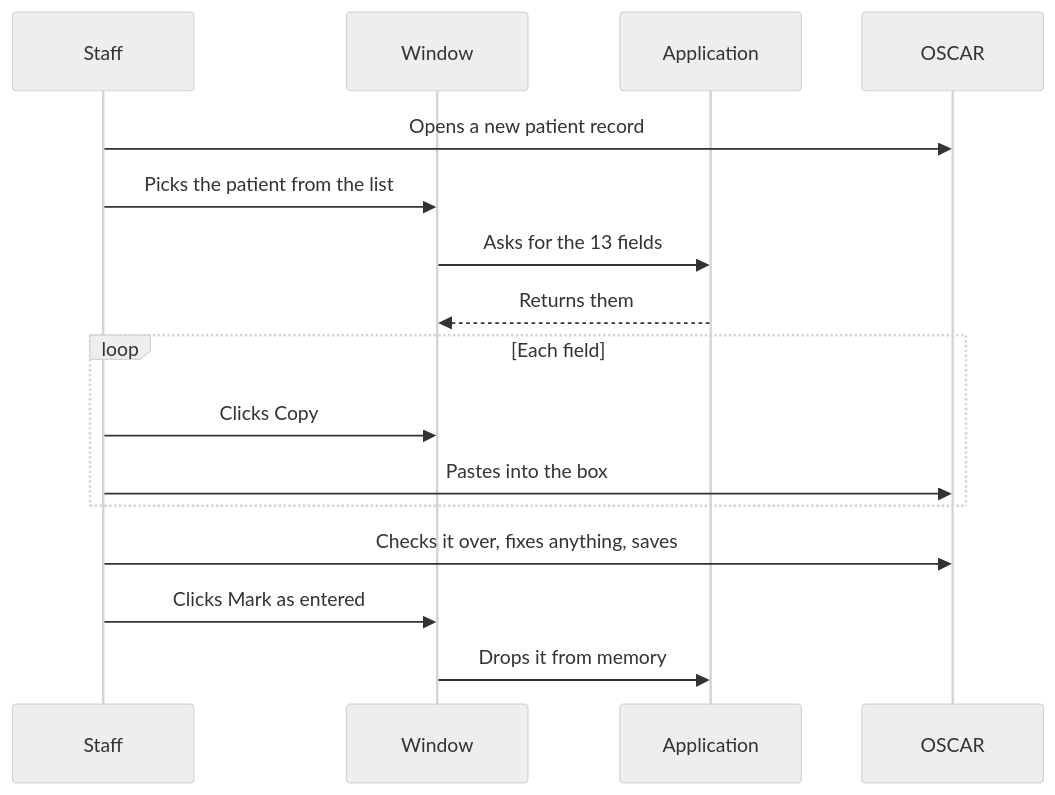
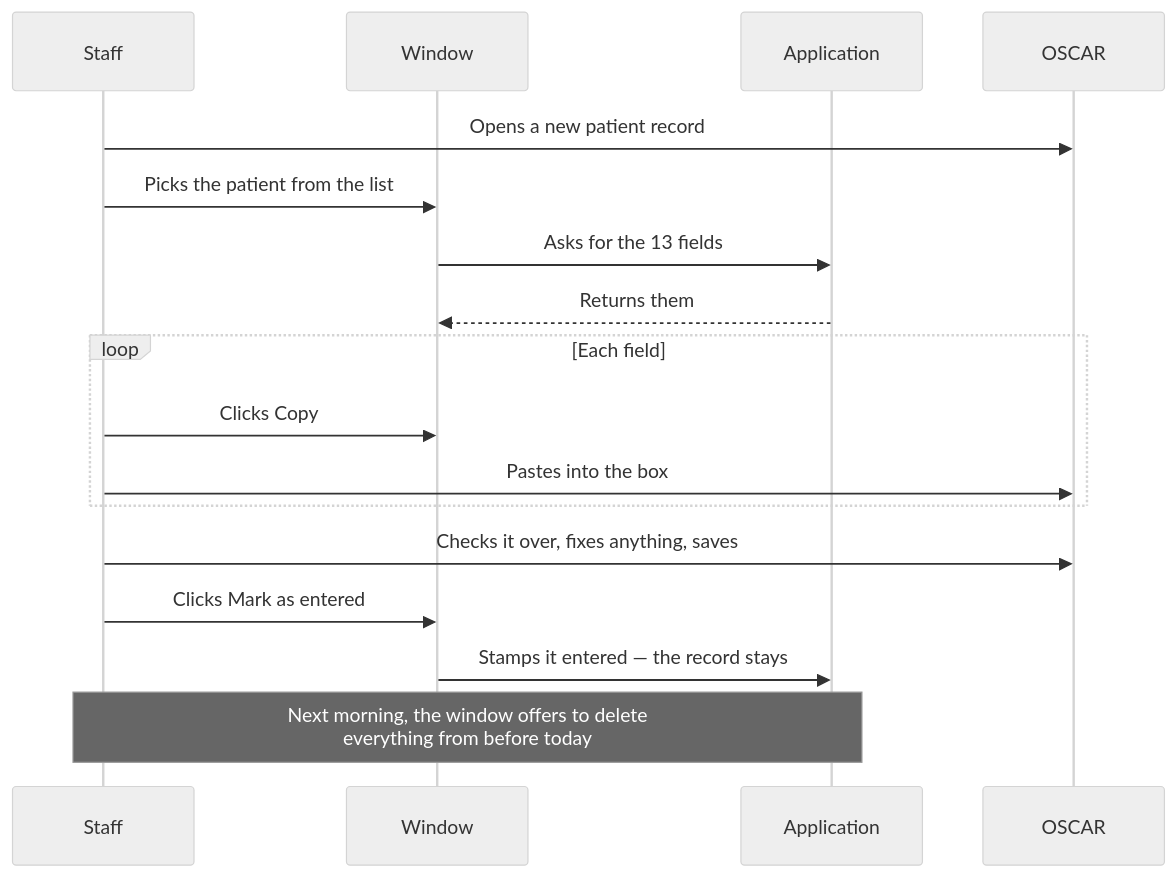
The third of 3 diagrams in docs/design.md (Vishnu373/asmart-autofill), drawn with Mermaid (neutral theme) before and after one commit. The commit also changed other lines of this file and 18 other files, not shown here.

````diff
--- a/docs/design.md
+++ b/docs/design.md
@@ -160,21 +170,22 @@
 ```mermaid
 sequenceDiagram
     participant St as Staff
     participant W as Window
     participant A as Application
     participant O as OSCAR
 
     St->>O: Opens a new patient record
     St->>W: Picks the patient from the list
     W->>A: Asks for the 13 fields
     A-->>W: Returns them
 
     loop Each field
         St->>W: Clicks Copy
         St->>O: Pastes into the box
     end
 
     St->>O: Checks it over, fixes anything, saves
     St->>W: Clicks Mark as entered
-    W->>A: Drops it from memory
+    W->>A: Stamps it entered — the record stays
+    Note over St,A: Next morning, the window offers to delete<br/>everything from before today
 ```
````
